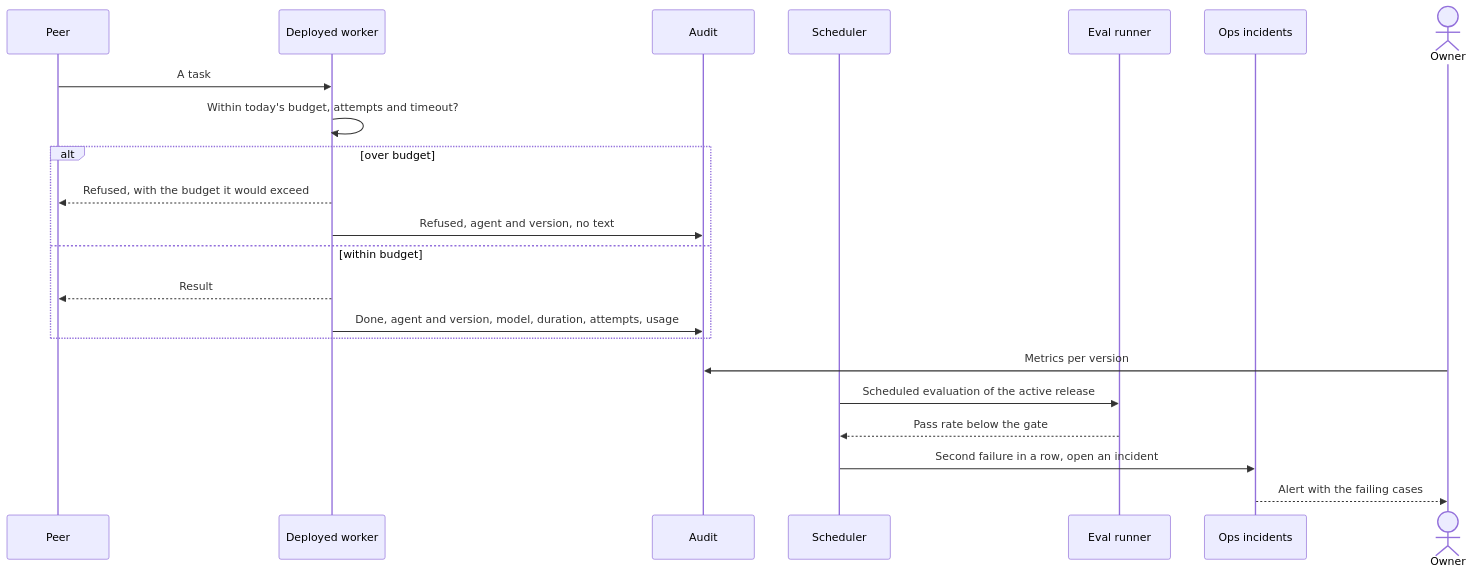
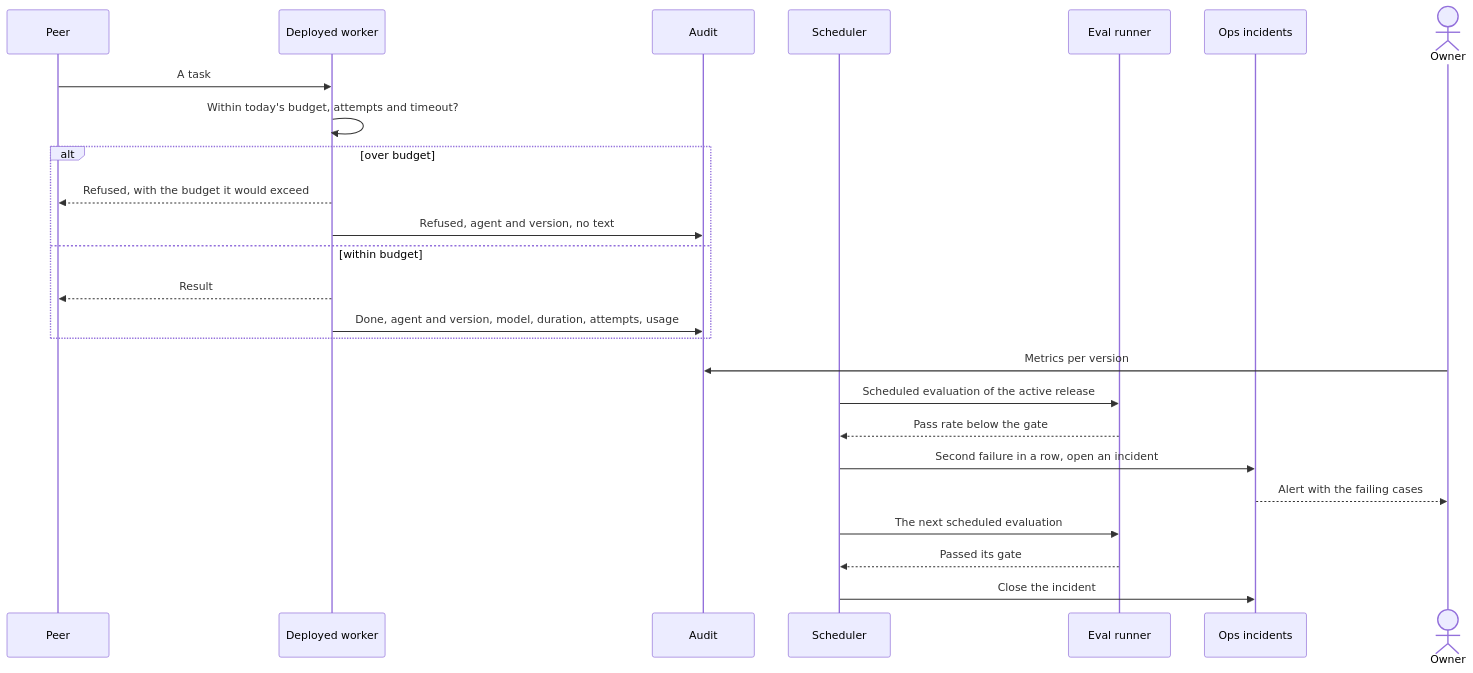
Before and after one commit to mcbelton/proofkin: the seventh of 14 diagrams in docs/agent-factory/design/workflows.md, drawn with Mermaid. The commit also changed other lines of this file and 52 other files, not shown here.

````diff
--- a/docs/agent-factory/design/workflows.md
+++ b/docs/agent-factory/design/workflows.md
@@ -162,24 +162,27 @@
 ```mermaid
 sequenceDiagram
   participant PE as Peer
   participant W as Deployed worker
   participant AU as Audit
   participant SC as Scheduler
   participant R as Eval runner
   participant OP as Ops incidents
   actor O as Owner
   PE->>W: A task
   W->>W: Within today's budget, attempts and timeout?
   alt over budget
     W-->>PE: Refused, with the budget it would exceed
     W->>AU: Refused, agent and version, no text
   else within budget
     W-->>PE: Result
     W->>AU: Done, agent and version, model, duration, attempts, usage
   end
   O->>AU: Metrics per version
   SC->>R: Scheduled evaluation of the active release
   R-->>SC: Pass rate below the gate
   SC->>OP: Second failure in a row, open an incident
   OP-->>O: Alert with the failing cases
+  SC->>R: The next scheduled evaluation
+  R-->>SC: Passed its gate
+  SC->>OP: Close the incident
 ```
````
